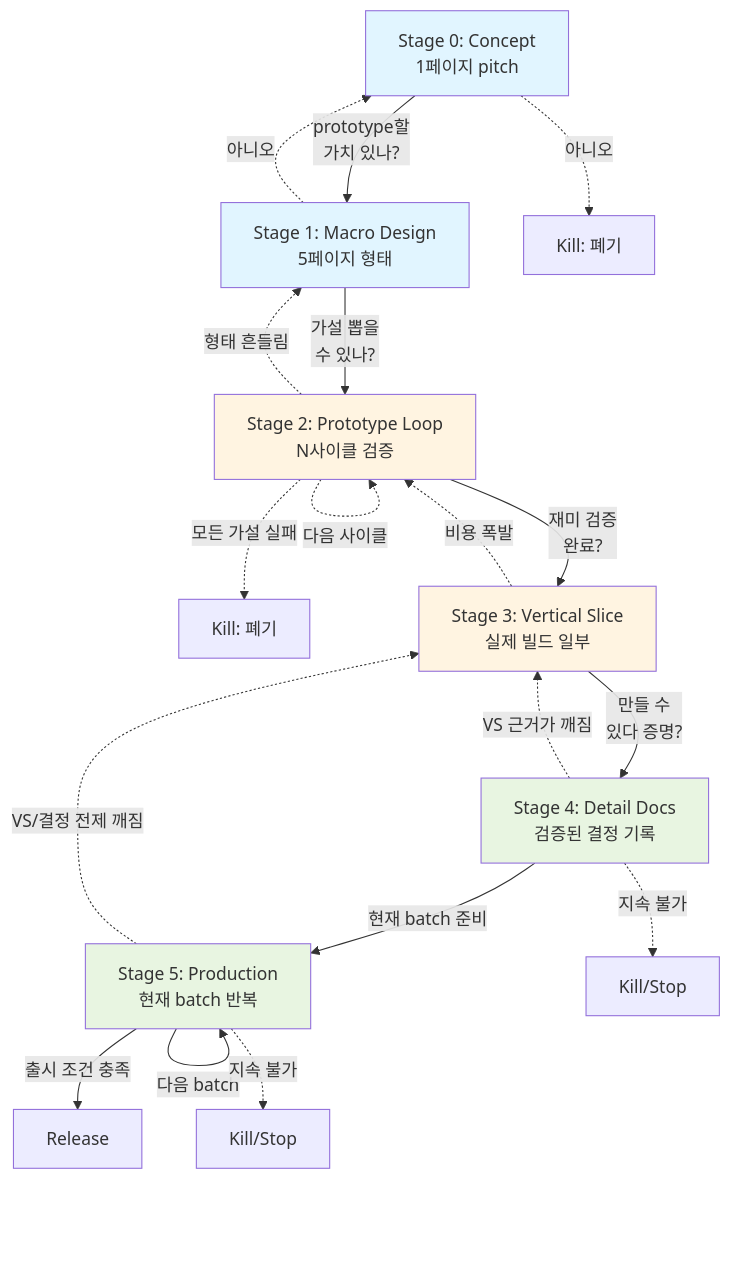
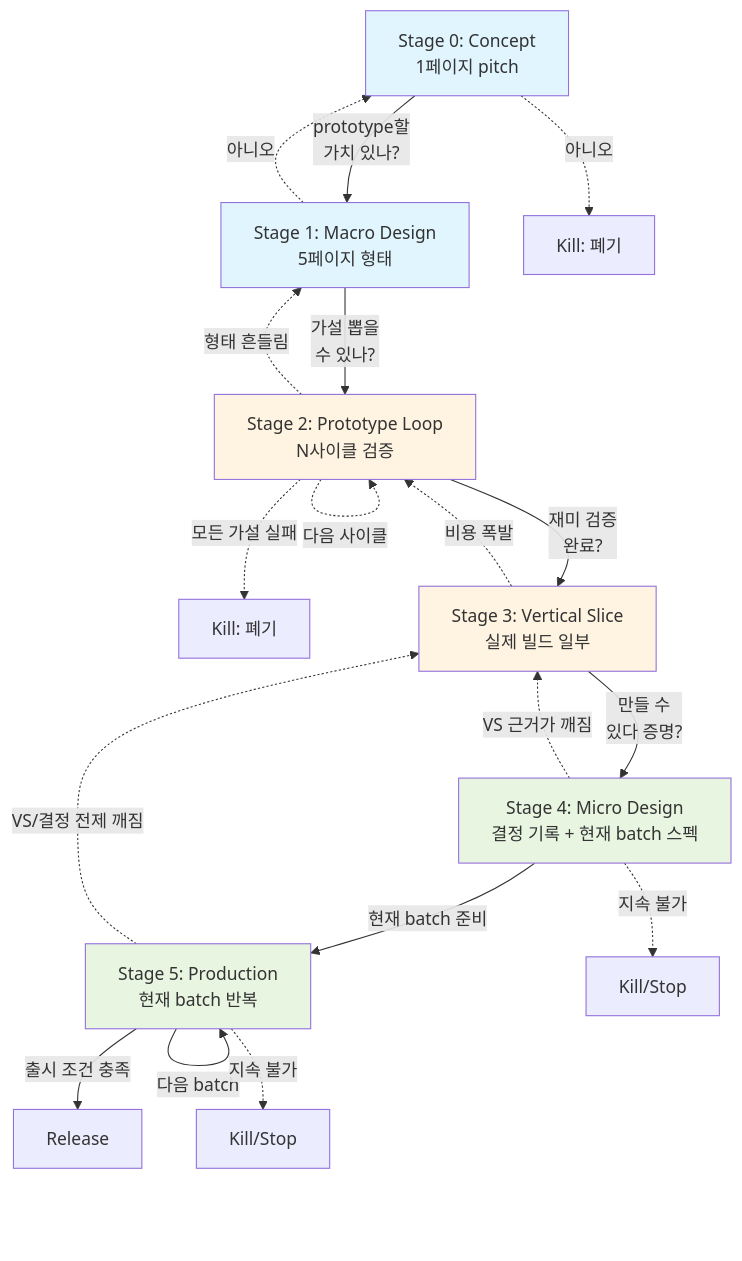
Before and after one commit to silbaram/gamekiln: the diagram in docs/harness/design-guide.md, drawn with Mermaid. The commit also changed other lines of this file and 33 other files, not shown here.

````diff
--- a/docs/harness/design-guide.md
+++ b/docs/harness/design-guide.md
@@ -164,32 +164,32 @@
 ```mermaid
 flowchart TD
     S0[Stage 0: Concept<br/>1페이지 pitch] -->|prototype할<br/>가치 있나?| S1
     S0 -.->|아니오| Kill0[Kill: 폐기]
 
     S1[Stage 1: Macro Design<br/>5페이지 형태] -->|가설 뽑을<br/>수 있나?| S2
     S1 -.->|아니오| S0
 
     S2[Stage 2: Prototype Loop<br/>N사이클 검증] -->|재미 검증<br/>완료?| S3
     S2 -.->|모든 가설 실패| Kill2[Kill: 폐기]
     S2 -.->|형태 흔들림| S1
     S2 -.->|다음 사이클| S2
 
     S3[Stage 3: Vertical Slice<br/>실제 빌드 일부] -->|만들 수<br/>있다 증명?| S4
     S3 -.->|비용 폭발| S2
 
-    S4[Stage 4: Detail Docs<br/>검증된 결정 기록] -->|현재 batch 준비| S5
+    S4[Stage 4: Micro Design<br/>결정 기록 + 현재 batch 스펙] -->|현재 batch 준비| S5
     S4 -.->|VS 근거가 깨짐| S3
     S4 -.->|지속 불가| Kill4[Kill/Stop]
 
     S5[Stage 5: Production<br/>현재 batch 반복] -->|다음 batch| S5
     S5 -->|출시 조건 충족| Release[Release]
     S5 -.->|VS/결정 전제 깨짐| S3
     S5 -.->|지속 불가| Kill5[Kill/Stop]
 
     style S0 fill:#e1f5ff
     style S1 fill:#e1f5ff
     style S2 fill:#fff4e1
     style S3 fill:#fff4e1
     style S4 fill:#e8f5e1
     style S5 fill:#e8f5e1
 ```
````
